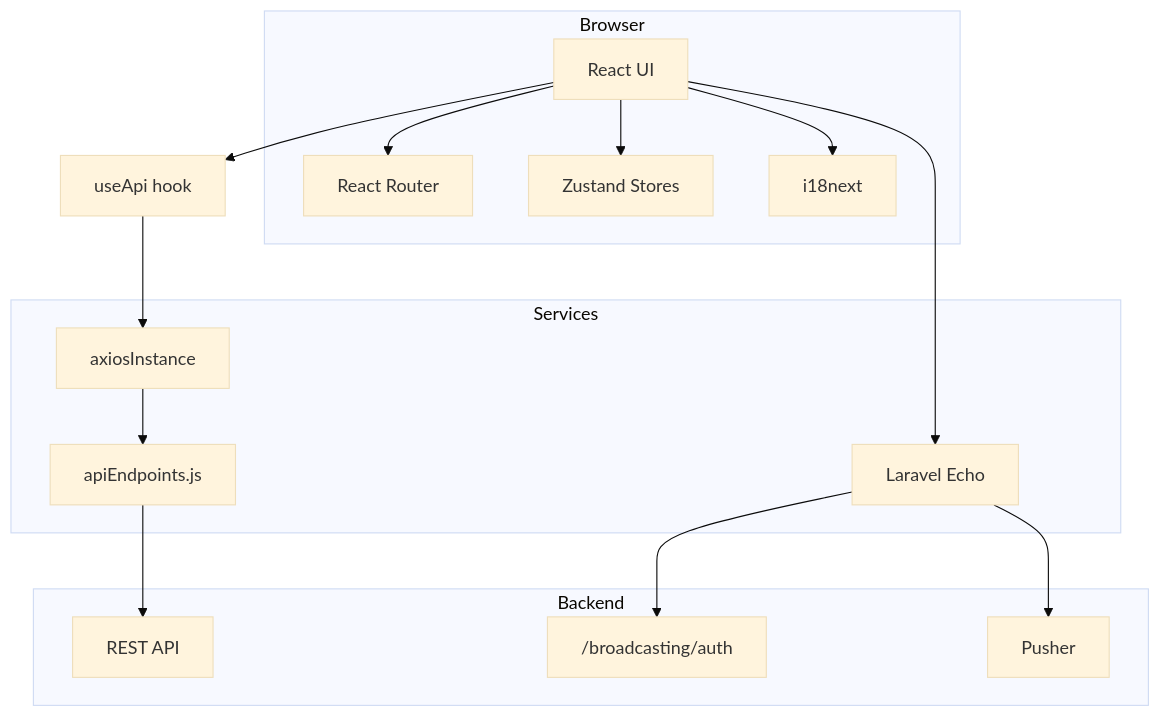
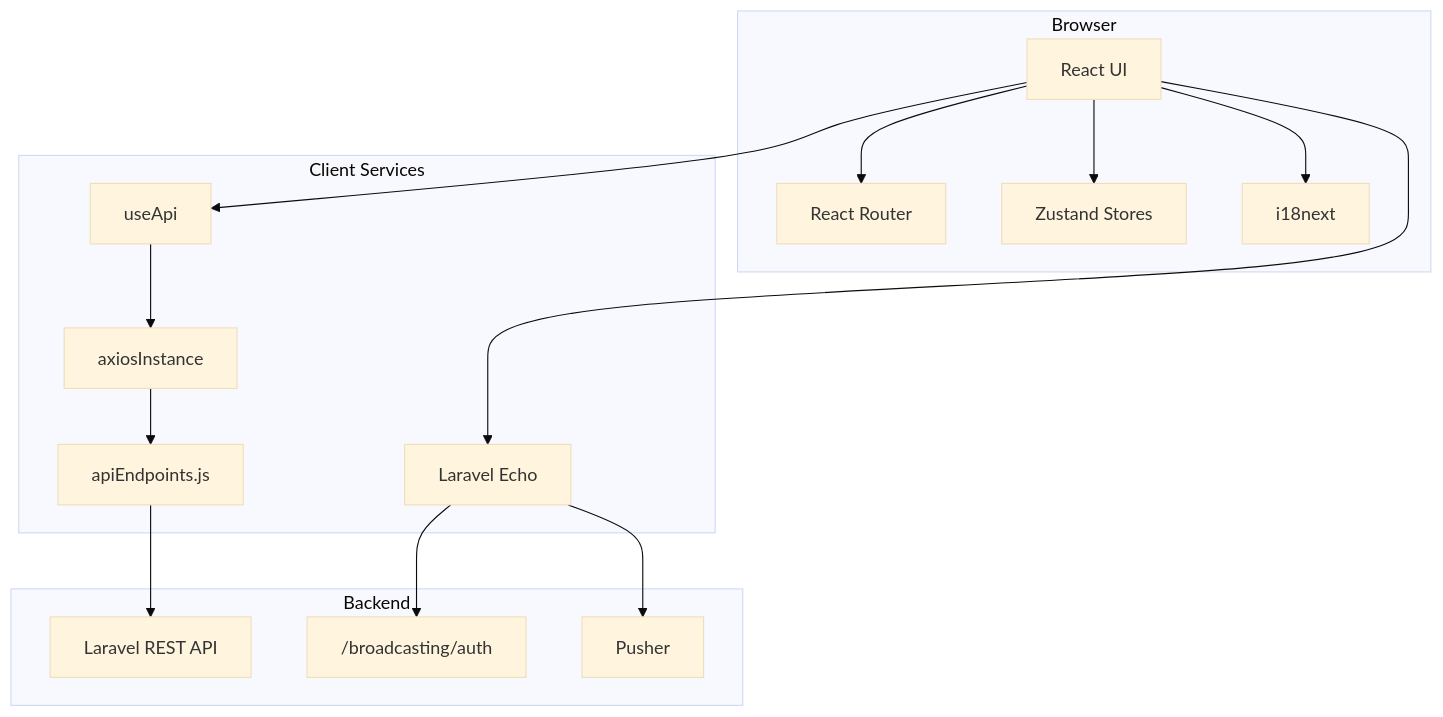
Before and after one commit to suliman-mousa/Rento-Car: the first of 3 diagrams in dashboard-architecture.md, drawn with Mermaid (base theme). The commit also changed other lines of this file, not shown here.

````diff
--- a/dashboard-architecture.md
+++ b/dashboard-architecture.md
@@ -39,32 +100,34 @@
 ```mermaid
 flowchart TB
     subgraph Browser
         UI[React UI]
         Router[React Router]
         Stores[Zustand Stores]
         I18n[i18next]
     end
 
-    subgraph Services
+    subgraph Client Services
+        ApiHook[useApi]
         Axios[axiosInstance]
+        Endpoints[apiEndpoints.js]
         Echo[Laravel Echo]
-        Endpoints[apiEndpoints.js]
     end
 
     subgraph Backend
-        REST[REST API]
+        REST[Laravel REST API]
         Broadcast["/broadcasting/auth"]
         Pusher[Pusher]
     end
 
     UI --> Router
     UI --> Stores
     UI --> I18n
-    UI --> UseApi[useApi hook]
-    UseApi --> Axios
+    UI --> ApiHook
+    ApiHook --> Axios
     Axios --> Endpoints
     Endpoints --> REST
+
     UI --> Echo
     Echo --> Broadcast
     Echo --> Pusher
 ```
````
